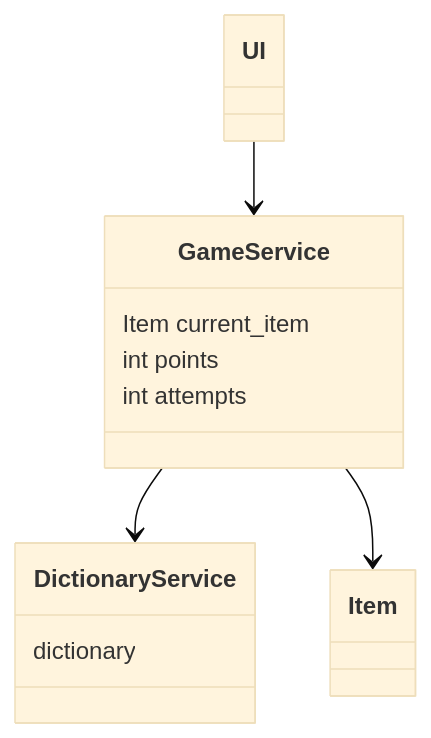
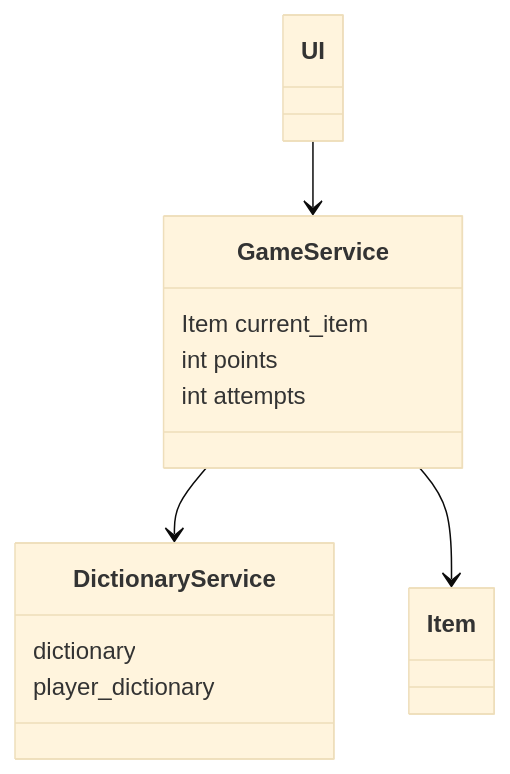
The first of 2 diagrams in dokumentaatio/arkkitehtuuri.md (juhanikat/ot-harjoitustyo), drawn with Mermaid (base theme) before and after one commit. The commit also changed other lines of this file and 5 other files, not shown here.

````diff
--- a/dokumentaatio/arkkitehtuuri.md
+++ b/dokumentaatio/arkkitehtuuri.md
@@ -22,18 +20,19 @@
 ```mermaid
     classDiagram
         GameService --> DictionaryService
         GameService --> Item
         UI --> GameService
         DictionaryService
         class GameService{
             Item current_item
             int points
             int attempts
         }
         class DictionaryService{
             dictionary
+            player_dictionary
         }
         class Item{
 
         }
 ```
````
